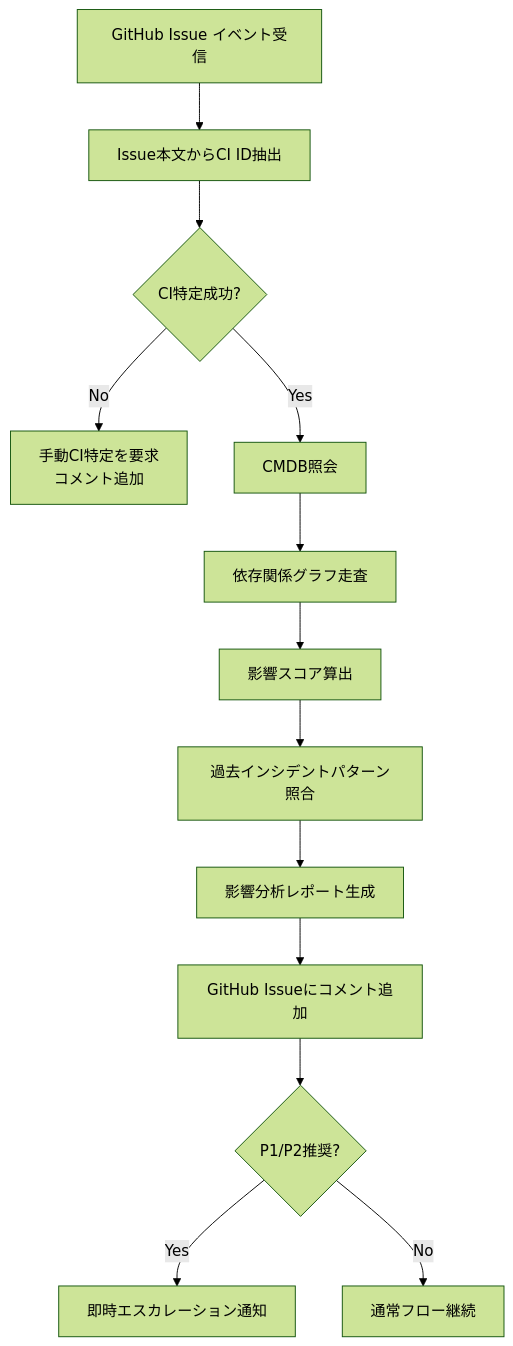
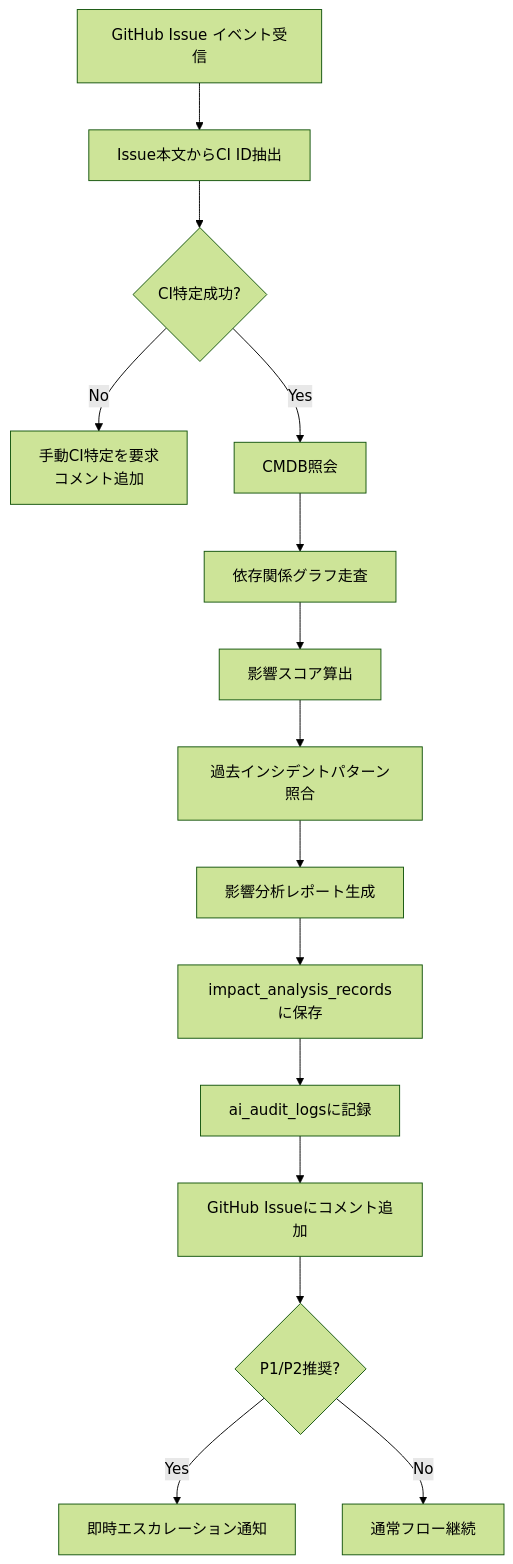
The third of 3 diagrams in docs/10_cmdb/IMPACT_ANALYSIS_LOGIC.md (Kensan196948G/ServiceMatrix), drawn with Mermaid (forest theme) before and after one commit. The commit also changed other lines of this file and 7 other files, not shown here.

````diff
--- a/docs/10_cmdb/IMPACT_ANALYSIS_LOGIC.md
+++ b/docs/10_cmdb/IMPACT_ANALYSIS_LOGIC.md
@@ -279,15 +499,17 @@
 ```mermaid
 graph TD
     A[GitHub Issue イベント受信] --> B[Issue本文からCI ID抽出]
     B --> C{CI特定成功?}
     C -->|No| D[手動CI特定を要求<br>コメント追加]
     C -->|Yes| E[CMDB照会]
     E --> F[依存関係グラフ走査]
     F --> G[影響スコア算出]
     G --> H[過去インシデントパターン照合]
     H --> I[影響分析レポート生成]
-    I --> J[GitHub Issueにコメント追加]
-    J --> K{P1/P2推奨?}
-    K -->|Yes| L[即時エスカレーション通知]
-    K -->|No| M[通常フロー継続]
+    I --> J[impact_analysis_recordsに保存]
+    J --> K[ai_audit_logsに記録]
+    K --> L[GitHub Issueにコメント追加]
+    L --> M{P1/P2推奨?}
+    M -->|Yes| N[即時エスカレーション通知]
+    M -->|No| O[通常フロー継続]
 ```
````
